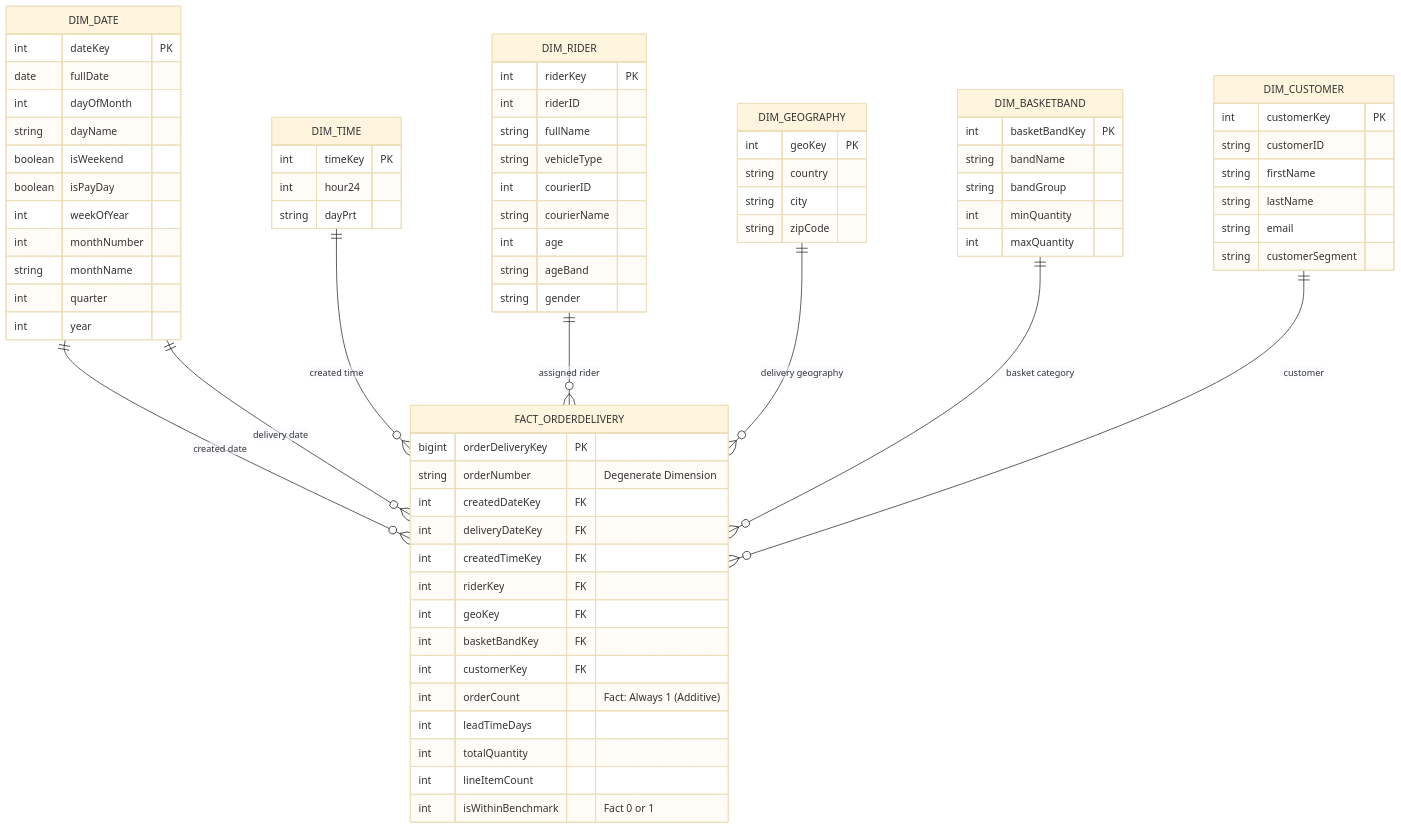
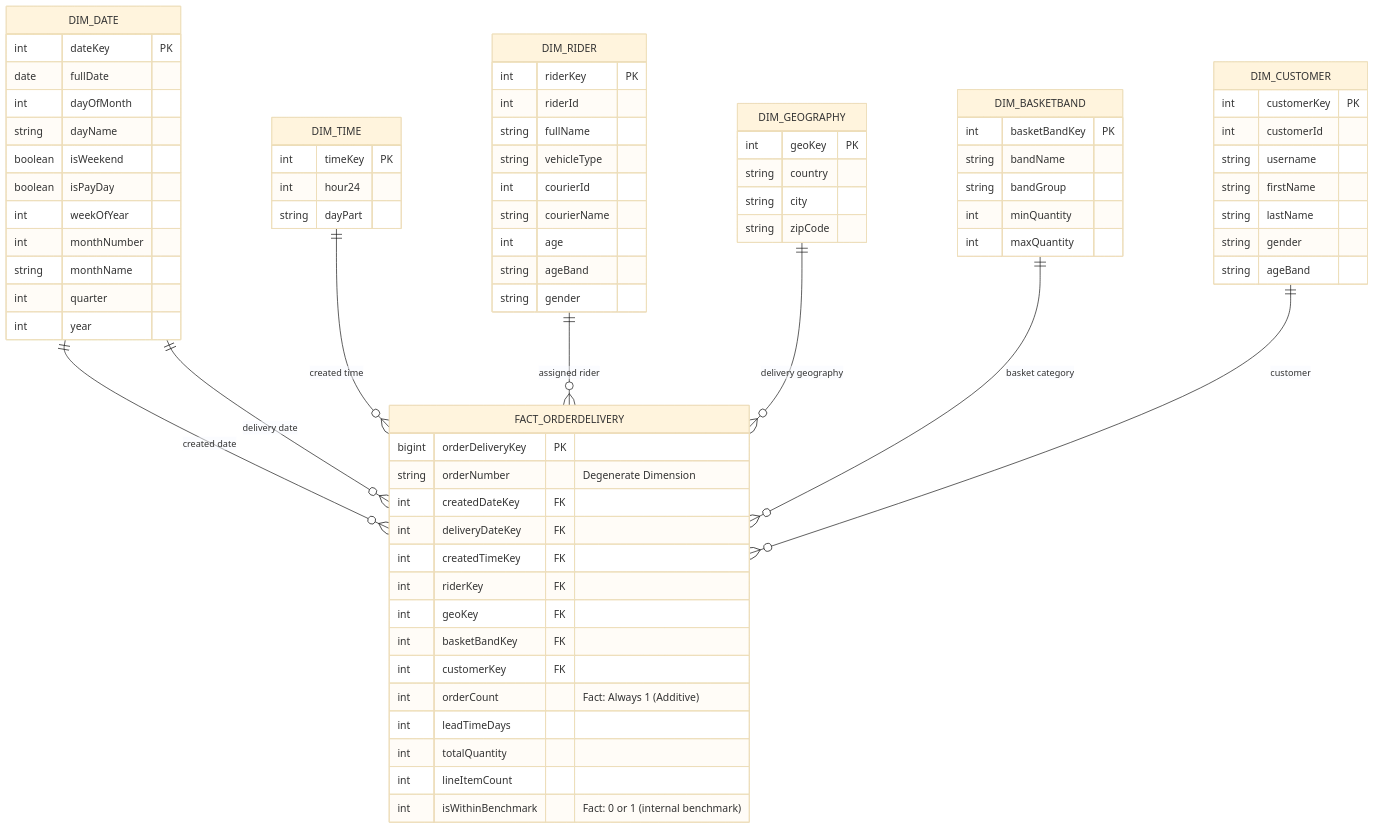
One commit to mbchavez27/data-warehouse-olap-dashboard changed the diagram in docs/database/data-warehouse-schema.md. Above: the diagram before and after it, drawn with Mermaid (base theme).

Commit message:
chore: added the dw schema

```diff
--- a/docs/database/data-warehouse-schema.md
+++ b/docs/database/data-warehouse-schema.md
@@ -18,7 +18,7 @@
         int leadTimeDays
         int totalQuantity
         int lineItemCount
-        int isWithinBenchmark "Fact 0 or 1"
+        int isWithinBenchmark "Fact: 0 or 1 (internal benchmark)"
     }
 
     DIM_DATE {
@@ -38,15 +38,15 @@
     DIM_TIME {
         int timeKey PK
         int hour24
-        string dayPrt
+        string dayPart
     }
 
     DIM_RIDER {
         int riderKey PK
-        int riderID
+        int riderId
         string fullName
         string vehicleType
-        int courierID
+        int courierId
         string courierName
         int age
         string ageBand
@@ -70,11 +70,12 @@
 
     DIM_CUSTOMER {
         int customerKey PK
-        string customerID
+        int customerId
+        string username
         string firstName
         string lastName
-        string email
-        string customerSegment
+        string gender
+        string ageBand
     }
 
     DIM_DATE ||--o{ FACT_ORDERDELIVERY : "created date"
```
